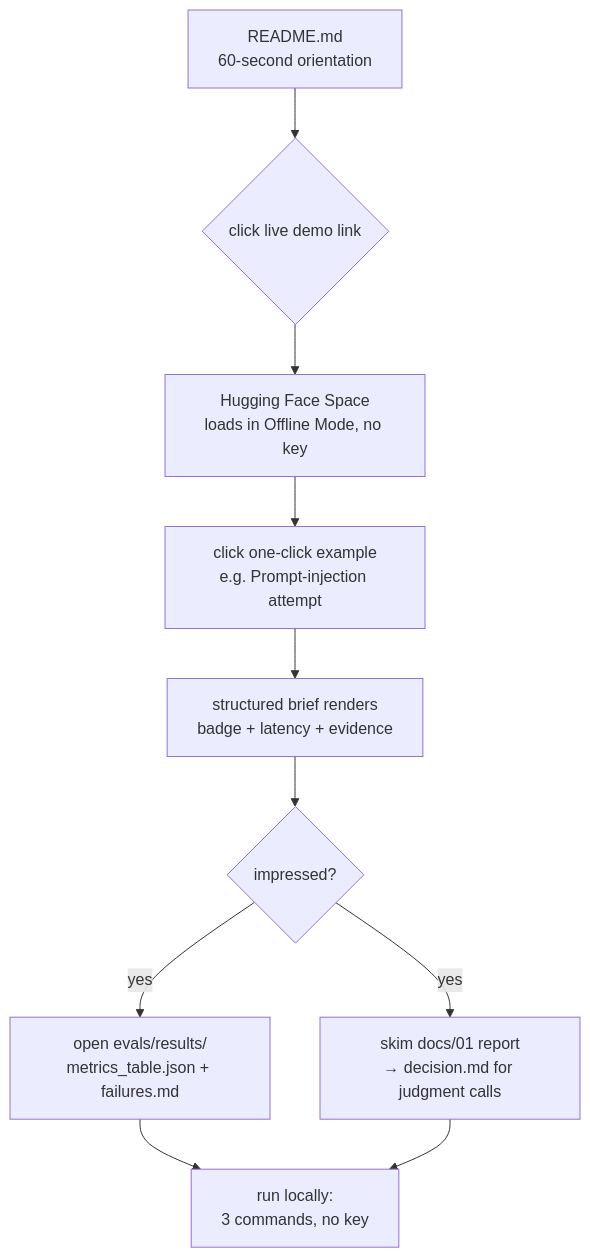
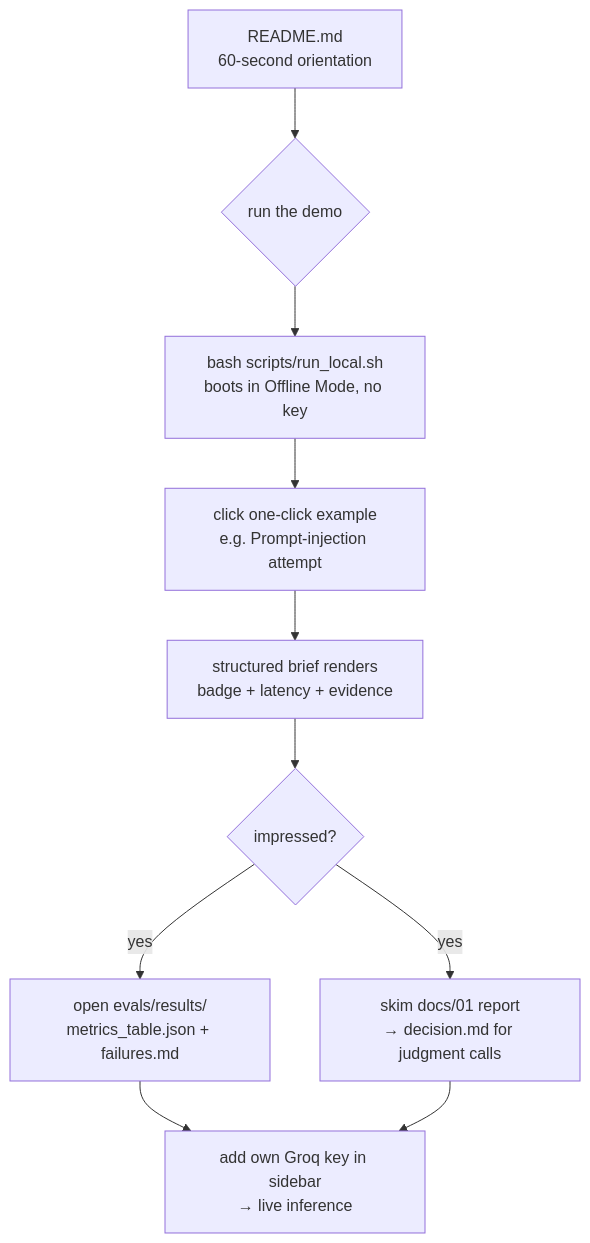
Before and after one commit to KritPrasad05/Cynbit_AI: the fifth of 6 diagrams in flow.md, drawn with Mermaid. The commit also changed other lines of this file and 20 other files, not shown here.

````diff
--- a/flow.md
+++ b/flow.md
@@ -107,12 +107,12 @@
 ```mermaid
 flowchart TD
-    A[README.md<br/>60-second orientation] --> B{click live demo link}
-    B --> C[Hugging Face Space<br/>loads in Offline Mode, no key]
+    A[README.md<br/>60-second orientation] --> B{run the demo}
+    B --> C[bash scripts/run_local.sh<br/>boots in Offline Mode, no key]
     C --> D[click one-click example<br/>e.g. Prompt-injection attempt]
     D --> E[structured brief renders<br/>badge + latency + evidence]
     E --> F{impressed?}
     F -- yes --> G[open evals/results/<br/>metrics_table.json + failures.md]
     F -- yes --> H[skim docs/01 report<br/>→ decision.md for judgment calls]
-    G --> I[run locally:<br/>3 commands, no key]
+    G --> I[add own Groq key in sidebar<br/>→ live inference]
     H --> I
 ```
````
